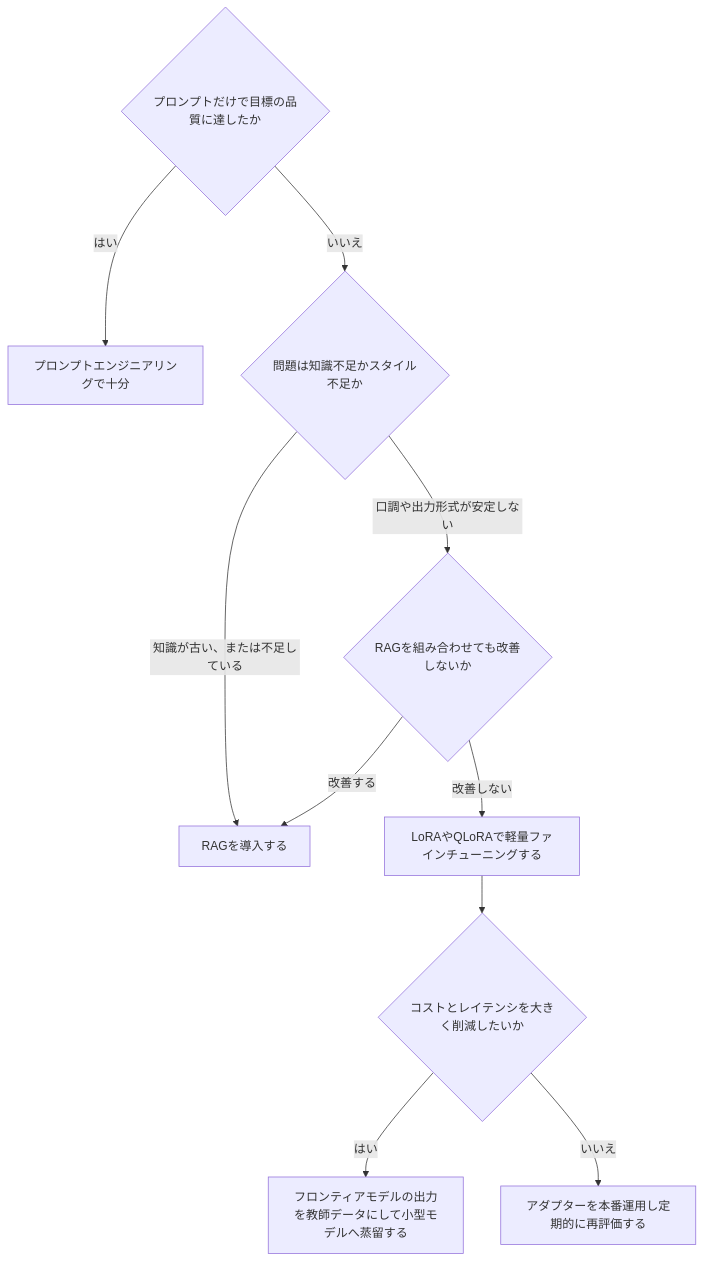
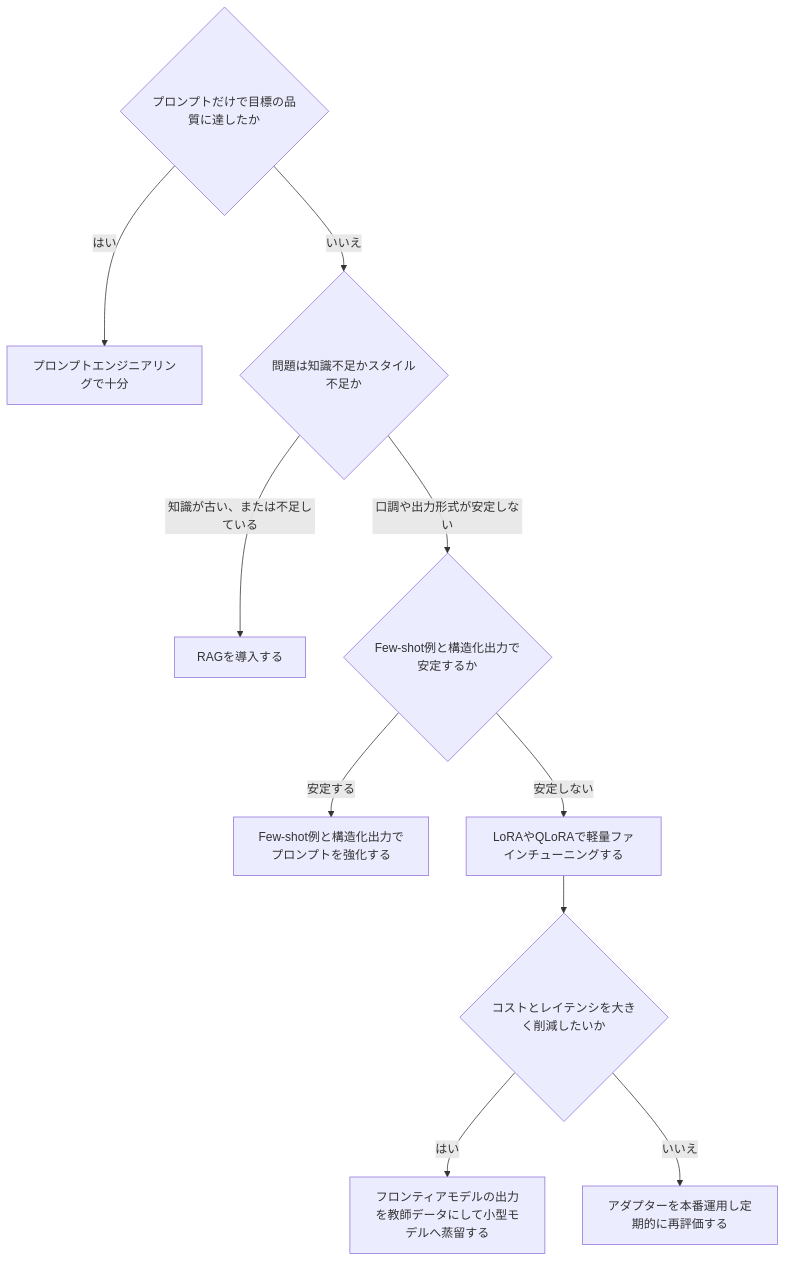
Diagram 13 of 15 in Building-llm-powered-applications-guide.md (myoshi2891/Software-Design-and-Architecture), drawn with Mermaid before and after one commit. The commit also changed other lines of this file and 3 other files, not shown here.

Commit message:
docs(ai): refine code snippets, diagrams, and references across AI guides

````diff
--- a/Building-llm-powered-applications-guide.md
+++ b/Building-llm-powered-applications-guide.md
@@ -557,13 +570,13 @@
 ```mermaid
 flowchart TB
     Q1{"プロンプトだけで目標の品質に達したか"}
     Q1 -->|"はい"| R1["プロンプトエンジニアリングで十分"]
     Q1 -->|"いいえ"| Q2{"問題は知識不足かスタイル不足か"}
     Q2 -->|"知識が古い、または不足している"| R2["RAGを導入する"]
-    Q2 -->|"口調や出力形式が安定しない"| Q3{"RAGを組み合わせても改善しないか"}
-    Q3 -->|"改善する"| R2
-    Q3 -->|"改善しない"| R3["LoRAやQLoRAで軽量ファインチューニングする"]
+    Q2 -->|"口調や出力形式が安定しない"| Q3{"Few-shot例と構造化出力で安定するか"}
+    Q3 -->|"安定する"| R6["Few-shot例と構造化出力でプロンプトを強化する"]
+    Q3 -->|"安定しない"| R3["LoRAやQLoRAで軽量ファインチューニングする"]
     R3 --> Q4{"コストとレイテンシを大きく削減したいか"}
     Q4 -->|"はい"| R4["フロンティアモデルの出力を教師データにして小型モデルへ蒸留する"]
     Q4 -->|"いいえ"| R5["アダプターを本番運用し定期的に再評価する"]
 ```
````
